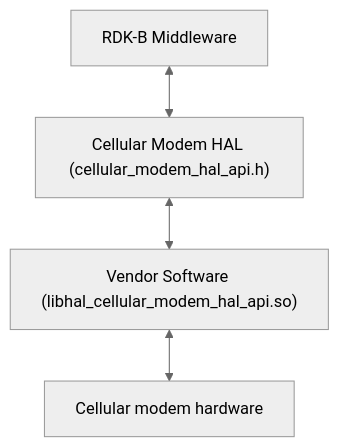
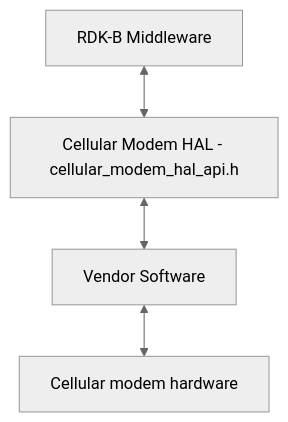
The first of 2 diagrams in docs/pages/halSpec.md (Blitzy-Sky/rdkb-halif-cellular-modem), drawn with Mermaid (neutral theme) before and after one commit.

Commit message:
docs: normalise the Cellular Modem HAL architecture flowchart
The Description flowchart now uses the common top-down form shared
by every C HAL page: RDK-B Middleware, then Cellular Modem HAL -
cellular_modem_hal_api.h, then Vendor Software, joined by double-headed
edges.

````diff
--- a/docs/pages/halSpec.md
+++ b/docs/pages/halSpec.md
@@ -23,6 +23,6 @@
 ```mermaid
 flowchart TD
-    Caller["RDK-B Middleware"] <--> HAL["Cellular Modem HAL (cellular_modem_hal_api.h)"]
-    HAL <--> Vendor["Vendor Software (libhal_cellular_modem_hal_api.so)"]
+    Caller["RDK-B Middleware"] <--> HAL["Cellular Modem HAL - cellular_modem_hal_api.h"]
+    HAL <--> Vendor["Vendor Software"]
     Vendor <--> Hardware["Cellular modem hardware"]
 ```
````
